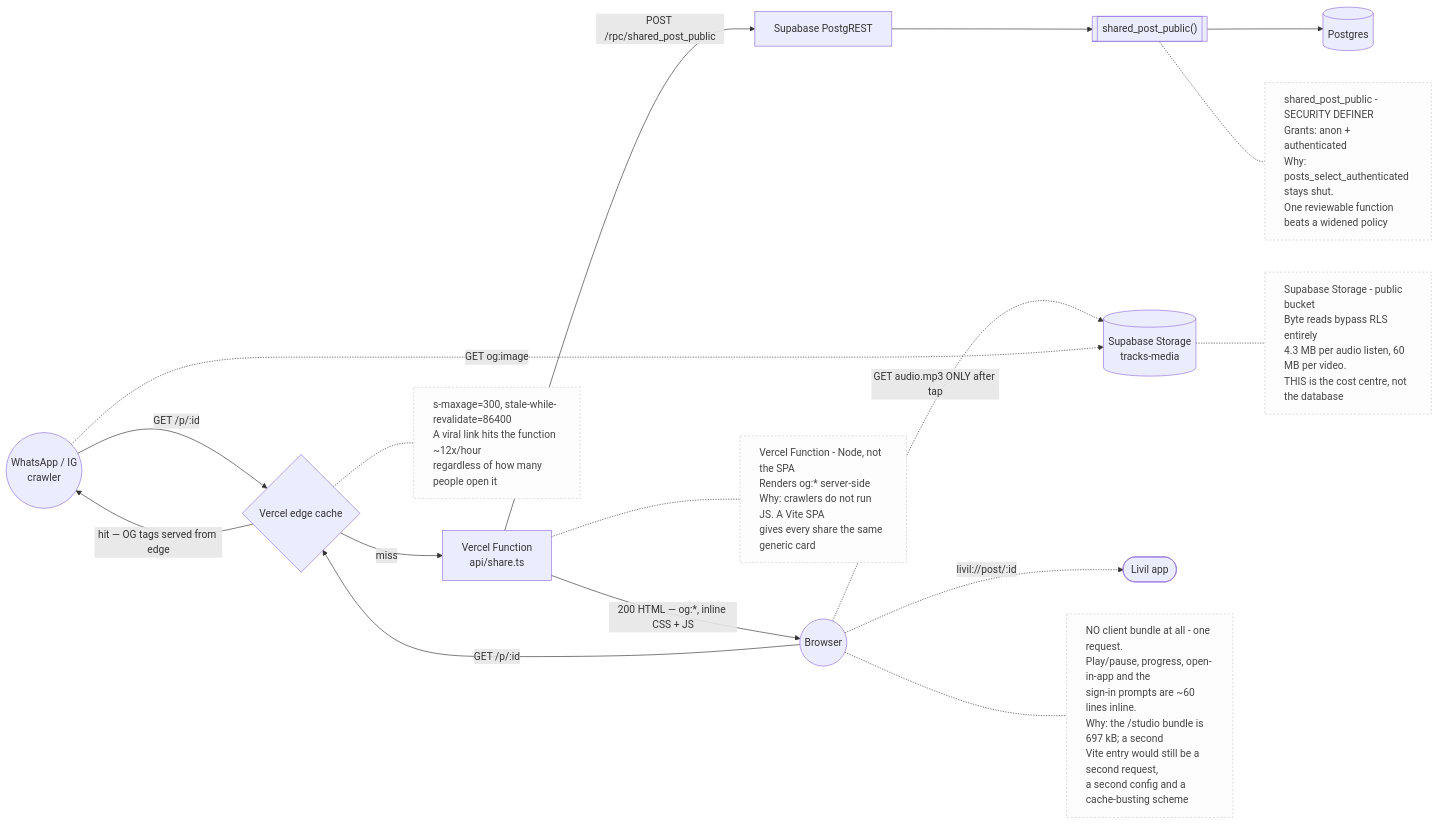
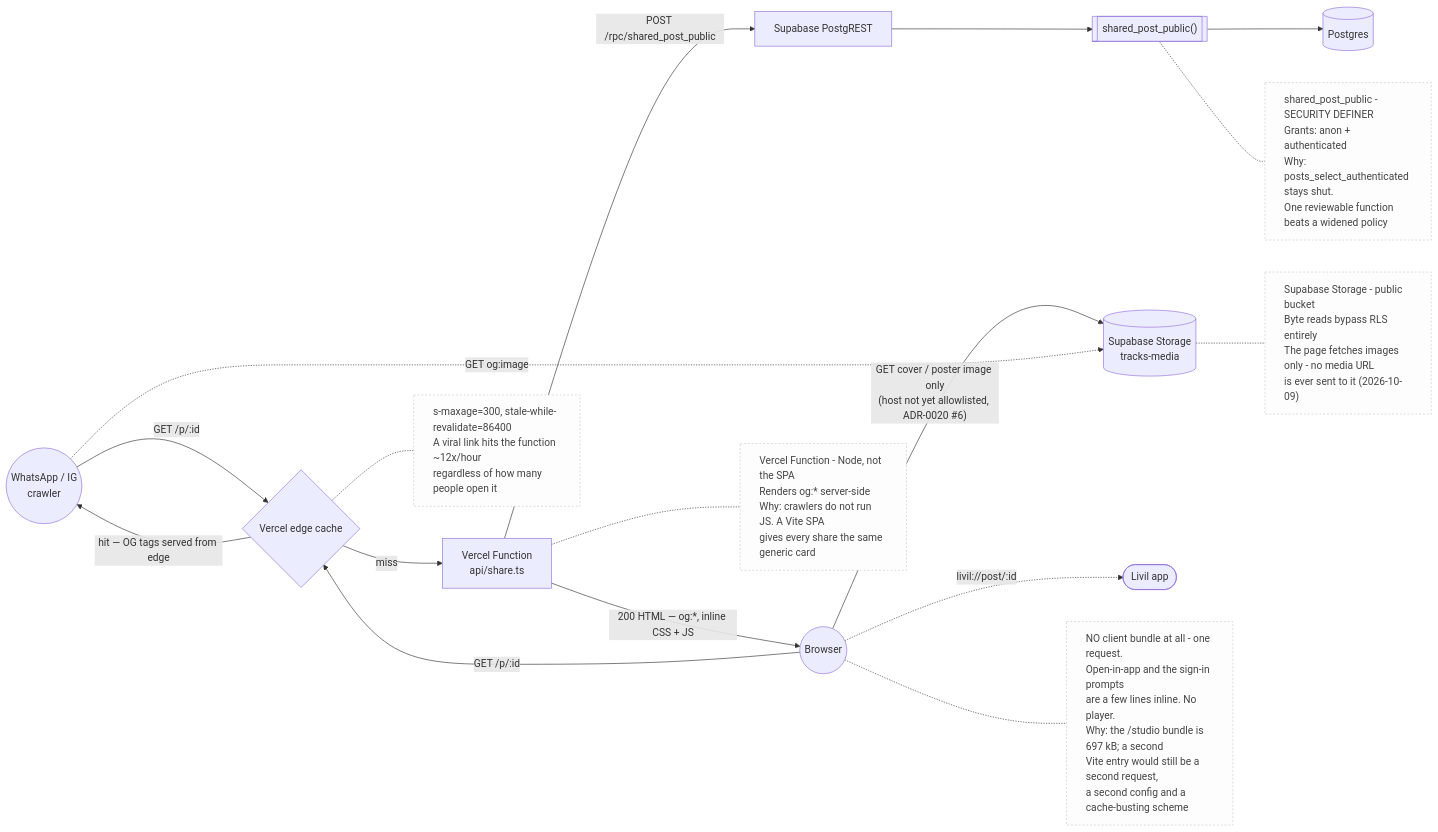
Before and after one commit to vvkiitkgp/livil: the second of 5 diagrams in kb/architecture/post-sharing.md, drawn with Mermaid. The commit also changed other lines of this file and 7 other files, not shown here.

First line of the commit message:
Share page: metadata only, listening needs the app (migration, not applied) (#268)

````diff
--- a/kb/architecture/post-sharing.md
+++ b/kb/architecture/post-sharing.md
@@ -330,39 +354,39 @@
 ```mermaid
 flowchart LR
     Crawler(("WhatsApp / IG<br/>crawler"))
     Visitor((Browser))
     VF["Vercel Function<br/>api/share.ts"]
     CDN{"Vercel edge cache"}
     PGRST["Supabase PostgREST"]
     RPC[["shared_post_public()"]]
     PG[("Postgres")]
     STOR[("Supabase Storage<br/>tracks-media")]
     APP(["Livil app"])
 
     Crawler -->|"GET /p/:id"| CDN
     Visitor -->|"GET /p/:id"| CDN
     CDN -->|"miss"| VF
     CDN -->|"hit — OG tags served from edge"| Crawler
     VF -->|"POST /rpc/shared_post_public"| PGRST
     PGRST --> RPC
     RPC --> PG
     VF -->|"200 HTML — og:*, inline CSS + JS"| Visitor
-    Visitor -.->|"GET audio.mp3 ONLY after tap"| STOR
+    Visitor -->|"GET cover / poster image only<br/>(host not yet allowlisted, ADR-0020 #6)"| STOR
     Visitor -.->|"livil://post/:id"| APP
     Crawler -.->|"GET og:image"| STOR
 
     nRPC["shared_post_public - SECURITY DEFINER<br/>Grants: anon + authenticated<br/>Why: posts_select_authenticated stays shut.<br/>One reviewable function beats a widened policy"]
     nVF["Vercel Function - Node, not the SPA<br/>Renders og:* server-side<br/>Why: crawlers do not run JS. A Vite SPA<br/>gives every share the same generic card"]
     nCDN["s-maxage=300, stale-while-revalidate=86400<br/>A viral link hits the function ~12x/hour<br/>regardless of how many people open it"]
-    nStor["Supabase Storage - public bucket<br/>Byte reads bypass RLS entirely<br/>4.3 MB per audio listen, 60 MB per video.<br/>THIS is the cost centre, not the database"]
-    nSPA["NO client bundle at all - one request.<br/>Play/pause, progress, open-in-app and the<br/>sign-in prompts are ~60 lines inline.<br/>Why: the /studio bundle is 697 kB; a second<br/>Vite entry would still be a second request,<br/>a second config and a cache-busting scheme"]
+    nStor["Supabase Storage - public bucket<br/>Byte reads bypass RLS entirely<br/>The page fetches images only - no media URL<br/>is ever sent to it (2026-10-09)"]
+    nSPA["NO client bundle at all - one request.<br/>Open-in-app and the sign-in prompts<br/>are a few lines inline. No player.<br/>Why: the /studio bundle is 697 kB; a second<br/>Vite entry would still be a second request,<br/>a second config and a cache-busting scheme"]
 
     RPC -.- nRPC
     VF -.- nVF
     CDN -.- nCDN
     STOR -.- nStor
     Visitor -.- nSPA
 
     classDef note fill:#fdfdfd,stroke:#c8c8c8,stroke-width:1px,stroke-dasharray:3 3,color:#444,text-align:left
     class nRPC,nVF,nCDN,nStor,nSPA note
 ```
````
